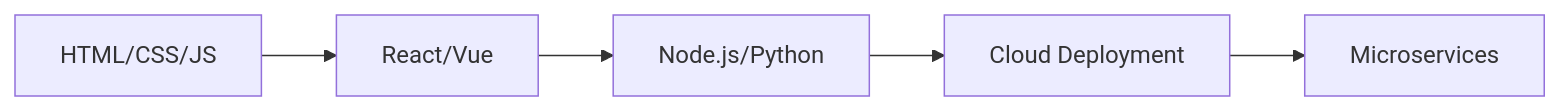
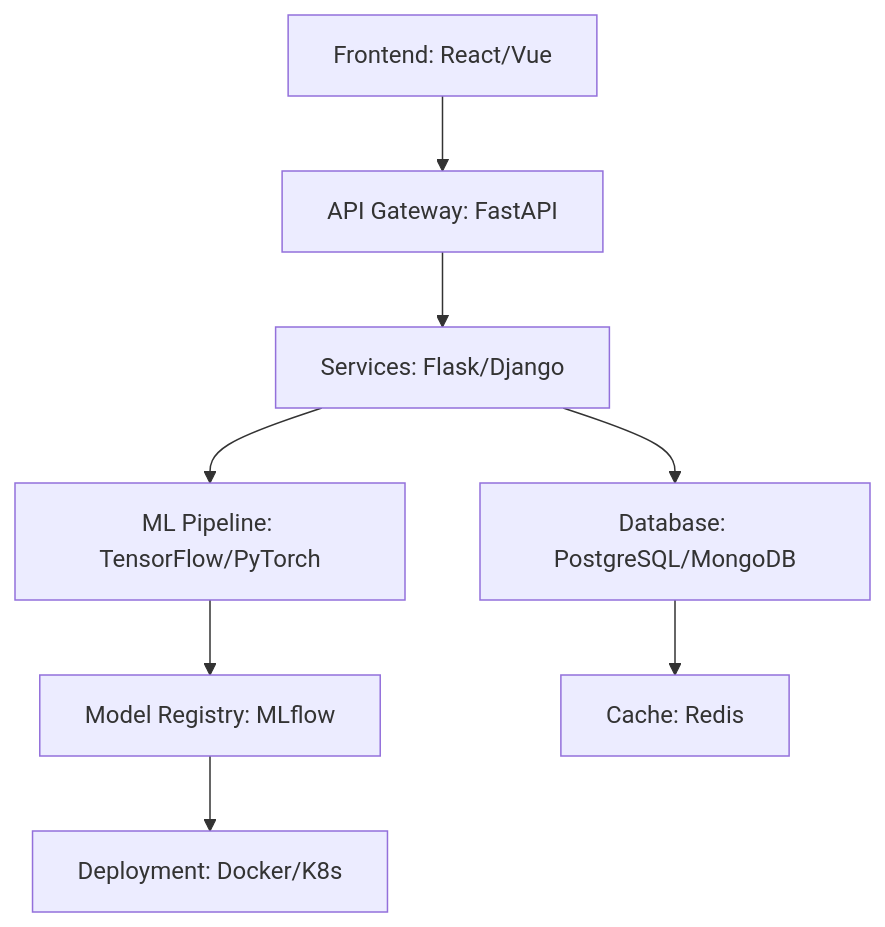
Before and after one commit to shazimjaved/shazimjaved: the diagram in README.md, drawn with Mermaid. The commit also changed other lines of this file, not shown here.

````diff
--- a/README.md
+++ b/README.md
@@ -148,7 +87,10 @@
 ```mermaid
-graph LR
-    A[HTML/CSS/JS] --> B[React/Vue]
-    B --> C[Node.js/Python]
-    C --> D[Cloud Deployment]
-    D --> E[Microservices]
+graph TD
+    A[Frontend: React/Vue] --> B[API Gateway: FastAPI]
+    B --> C[Services: Flask/Django]
+    C --> D[ML Pipeline: TensorFlow/PyTorch]
+    C --> E[Database: PostgreSQL/MongoDB]
+    D --> F[Model Registry: MLflow]
+    E --> G[Cache: Redis]
+    F --> H[Deployment: Docker/K8s]
 ```
````
